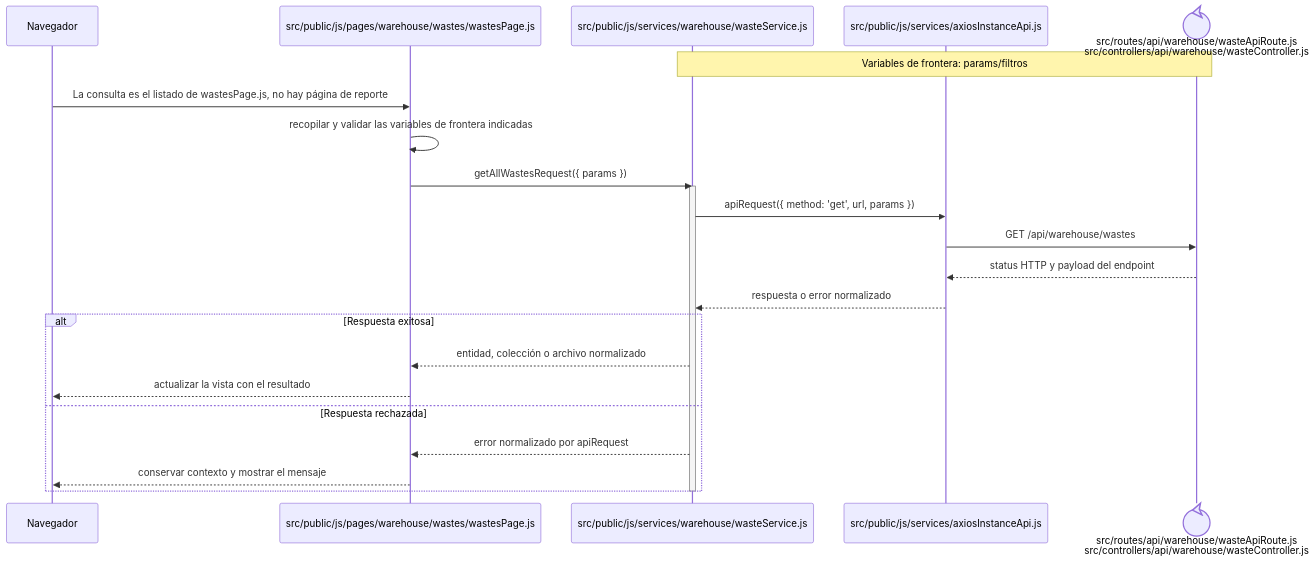
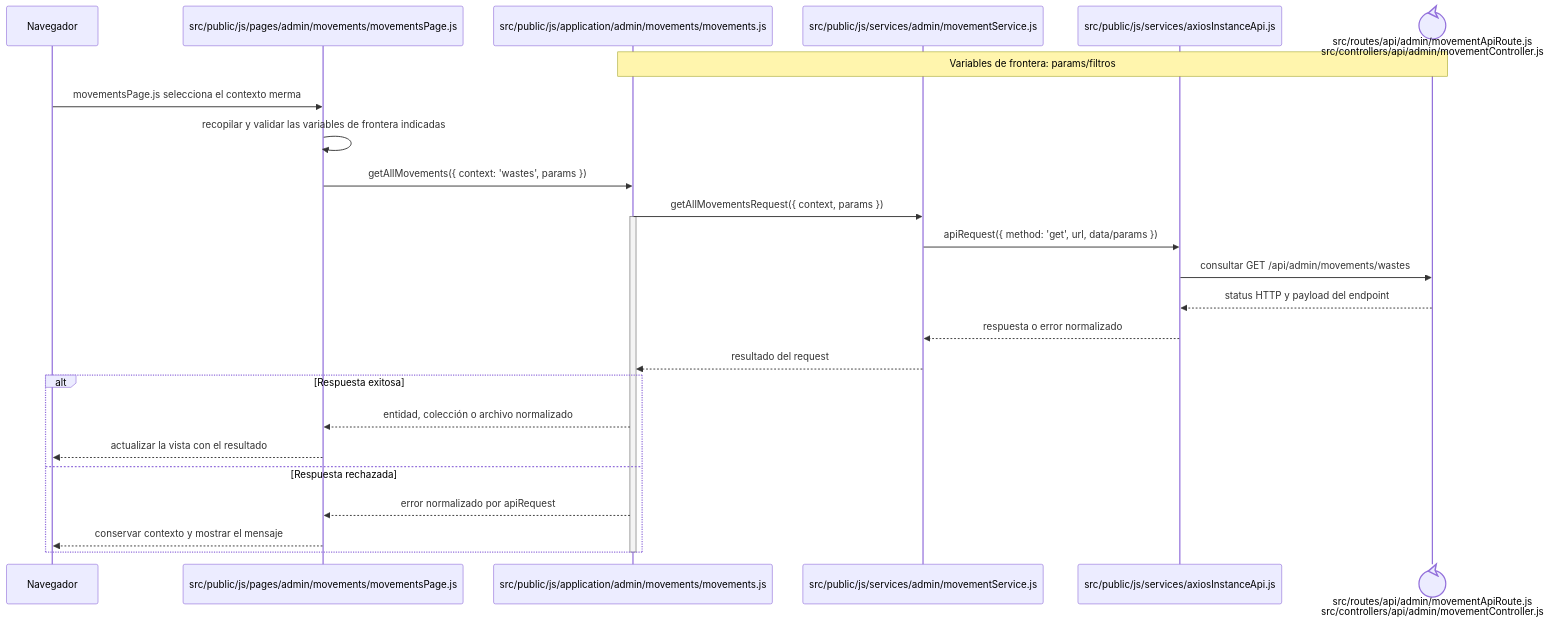
The diagram in docs/architecture/frontend-code-sequences/catalogs/cu-cat-23.md (gpgsistemas01/nexus), drawn with Mermaid before and after one commit. The commit also changed other lines of this file and 207 other files, not shown here.

````diff
--- a/docs/architecture/frontend-code-sequences/catalogs/cu-cat-23.md
+++ b/docs/architecture/frontend-code-sequences/catalogs/cu-cat-23.md
@@ -6,26 +6,29 @@
 ```mermaid
 sequenceDiagram
     participant Browser as Navegador
-    participant View as src/public/js/pages/warehouse/wastes/wastesPage.js
-    participant Request as src/public/js/services/warehouse/wasteService.js
+    participant View as src/public/js/pages/admin/movements/movementsPage.js
+    participant Application as src/public/js/application/admin/movements/movements.js
+    participant Request as src/public/js/services/admin/movementService.js
     participant HTTP as src/public/js/services/axiosInstanceApi.js
-    participant Transport@{ "type": "control" } as src/routes/api/warehouse/wasteApiRoute.js<br/>src/controllers/api/warehouse/wasteController.js
-    Note over Request,Transport: Variables de frontera: params/filtros
+    participant Transport@{ "type": "control" } as src/routes/api/admin/movementApiRoute.js<br/>src/controllers/api/admin/movementController.js
+    Note over Application,Transport: Variables de frontera: params/filtros
 
-    Browser->>View: La consulta es el listado de wastesPage.js, no hay página de reporte
+    Browser->>View: movementsPage.js selecciona el contexto merma
     View->>View: recopilar y validar las variables de frontera indicadas
-    View->>Request: getAllWastesRequest({ params })
-    activate Request
-    Request->>HTTP: apiRequest({ method: 'get', url, params })
-    HTTP->>Transport: GET /api/warehouse/wastes
+    View->>Application: getAllMovements({ context: 'wastes', params })
+    Application->>Request: getAllMovementsRequest({ context, params })
+    activate Application
+    Request->>HTTP: apiRequest({ method: 'get', url, data/params })
+    HTTP->>Transport: consultar GET /api/admin/movements/wastes
     Transport-->>HTTP: status HTTP y payload del endpoint
     HTTP-->>Request: respuesta o error normalizado
+    Request-->>Application: resultado del request
     alt Respuesta exitosa
-        Request-->>View: entidad, colección o archivo normalizado
+        Application-->>View: entidad, colección o archivo normalizado
         View-->>Browser: actualizar la vista con el resultado
     else Respuesta rechazada
-        Request-->>View: error normalizado por apiRequest
+        Application-->>View: error normalizado por apiRequest
         View-->>Browser: conservar contexto y mostrar el mensaje
     end
-    deactivate Request
+    deactivate Application
 ```
````
